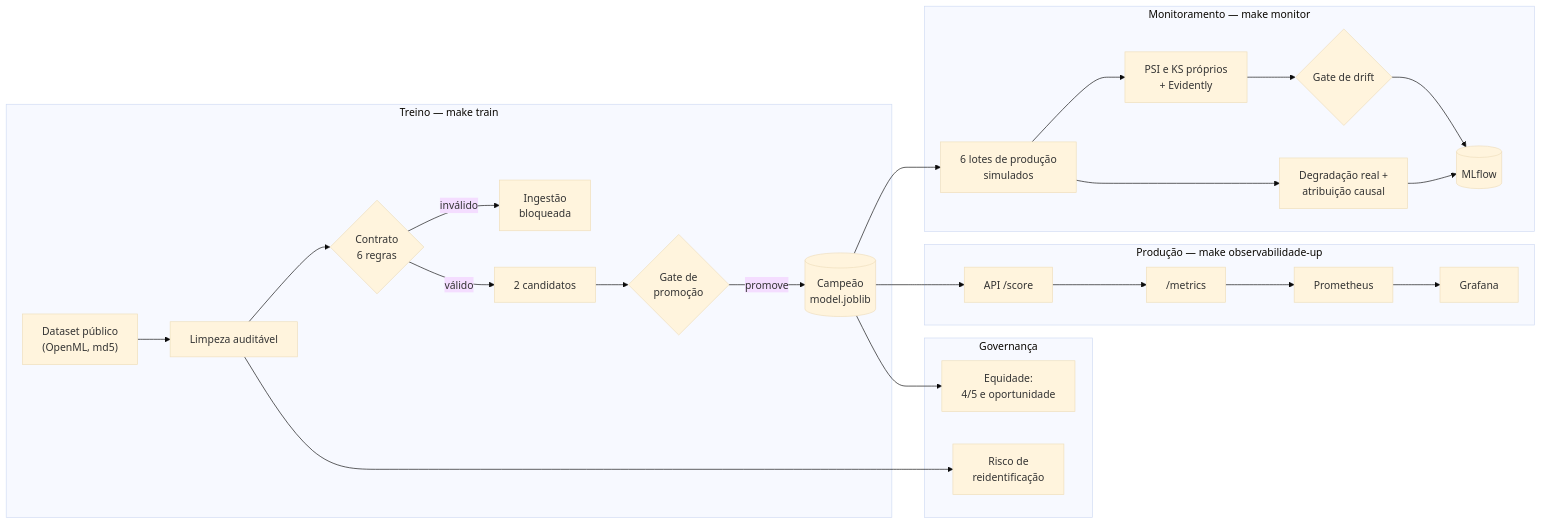
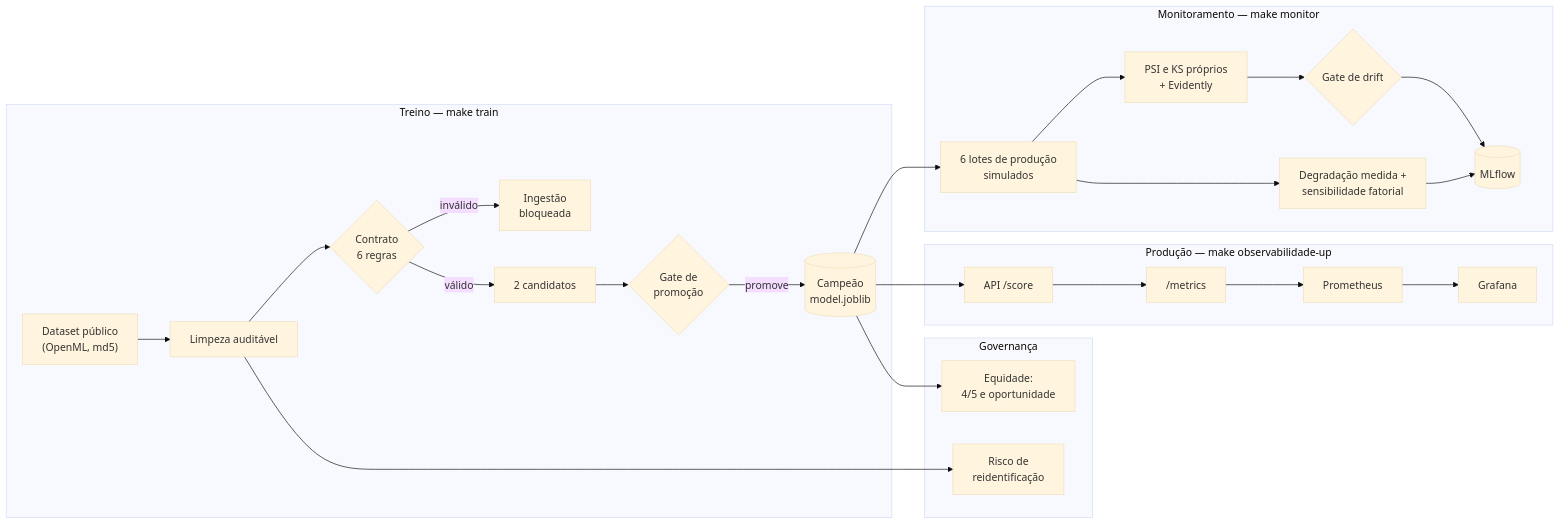
Before and after one commit to flowramps/mlet-tech-challenge-fase4: the diagram in README.md, drawn with Mermaid (base theme). The commit also changed other lines of this file and 14 other files, not shown here.

````diff
--- a/README.md
+++ b/README.md
@@ -39,23 +39,23 @@
 ```mermaid
 flowchart LR
     subgraph T["Treino — make train"]
         A["Dataset público<br/>(OpenML, md5)"] --> B["Limpeza auditável"]
         B --> C{"Contrato<br/>6 regras"}
         C -- inválido --> X["Ingestão<br/>bloqueada"]
         C -- válido --> D["2 candidatos"] --> E{"Gate de<br/>promoção"}
         E -- promove --> F[("Campeão<br/>model.joblib")]
     end
     subgraph M["Monitoramento — make monitor"]
         F --> G["6 lotes de produção<br/>simulados"] --> H["PSI e KS próprios<br/>+ Evidently"] --> J{"Gate de drift"}
-        G --> K["Degradação real +<br/>atribuição causal"]
+        G --> K["Degradação medida +<br/>sensibilidade fatorial"]
         J --> L[("MLflow")]
         K --> L
     end
     subgraph P["Produção — make observabilidade-up"]
         F --> N["API /score"] --> O["/metrics"] --> Q["Prometheus"] --> R["Grafana"]
     end
     subgraph G4["Governança"]
         F --> S["Equidade:<br/>4/5 e oportunidade"]
         B --> U["Risco de<br/>reidentificação"]
     end
 ```
````
